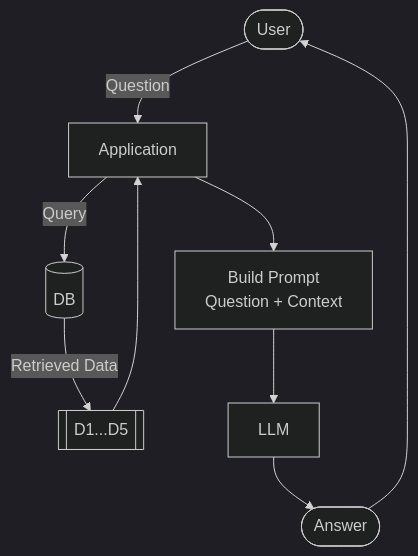
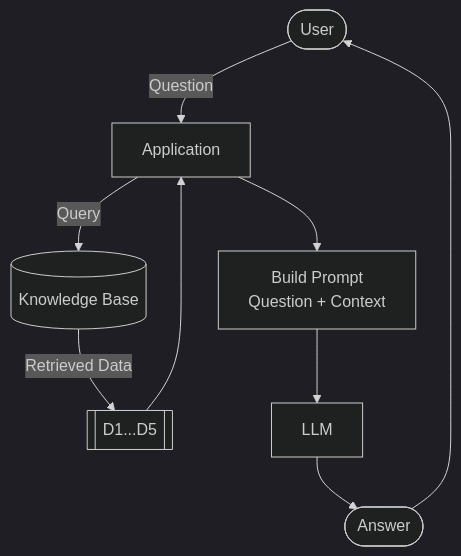
The diagram in 01-agentic-rag/learning/module-1-RAG.md (atulsharma235/llm-zoomcamp-2026-code), drawn with Mermaid (dark theme) before and after one commit. The commit also changed other lines of this file and 20 other files, not shown here.

````diff
--- a/01-agentic-rag/learning/module-1-RAG.md
+++ b/01-agentic-rag/learning/module-1-RAG.md
@@ -134,19 +138,19 @@
 ```mermaid
 flowchart TD
     U([User])
     APP[Application]
-    DB[(DB)]
+    DB[(Knowledge Base)]
     DOCS[[D1...D5]]
     PROMPT[Build Prompt<br/>Question + Context]
     LLM[LLM]
     ANSWER([Answer])
 
     U -->|Question| APP
     APP -->|Query| DB
     DB -->|Retrieved Data| DOCS
     DOCS --> APP
     APP --> PROMPT
     PROMPT --> LLM
     LLM --> ANSWER
     ANSWER --> U
 ```
````
